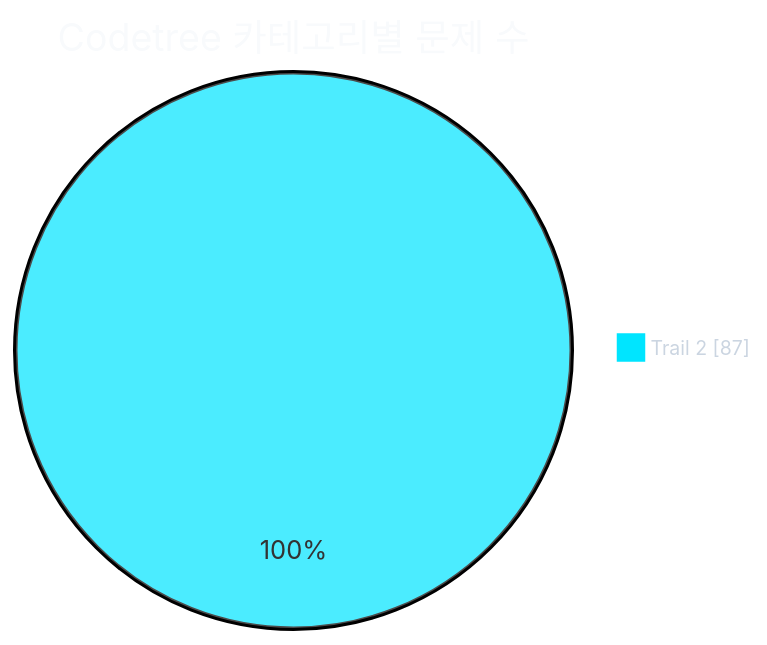
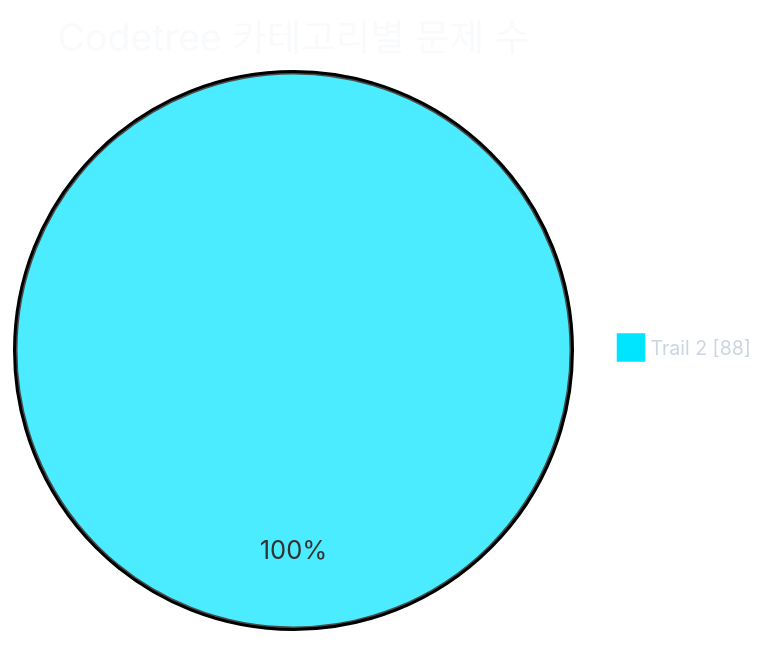
One commit to CHOOSLA/Algorithm changed the first of 2 diagrams in readme.md. Above: the diagram before and after it, drawn with Mermaid. The commit also changed other lines of this file and 2 other files, not shown here.

````diff
--- a/readme.md
+++ b/readme.md
@@ -31,21 +31,21 @@
 ```mermaid
 ---
 config:
   theme: base
   themeVariables:
     background: '#0d1117'
     pieTitleTextColor: '#f8fafc'
     pieLegendTextColor: '#cbd5e1'
     pieLegendTextSize: '13px'
     pie1: '#00e5ff'
     pie2: '#22c55e'
     pie3: '#f59e0b'
     pie4: '#a855f7'
     pie5: '#ec4899'
     pie6: '#3b82f6'
     pie7: '#64748b'
 ---
 pie showData
   title Codetree 카테고리별 문제 수
-  "Trail 2" : 87
+  "Trail 2" : 88
 ```
````
